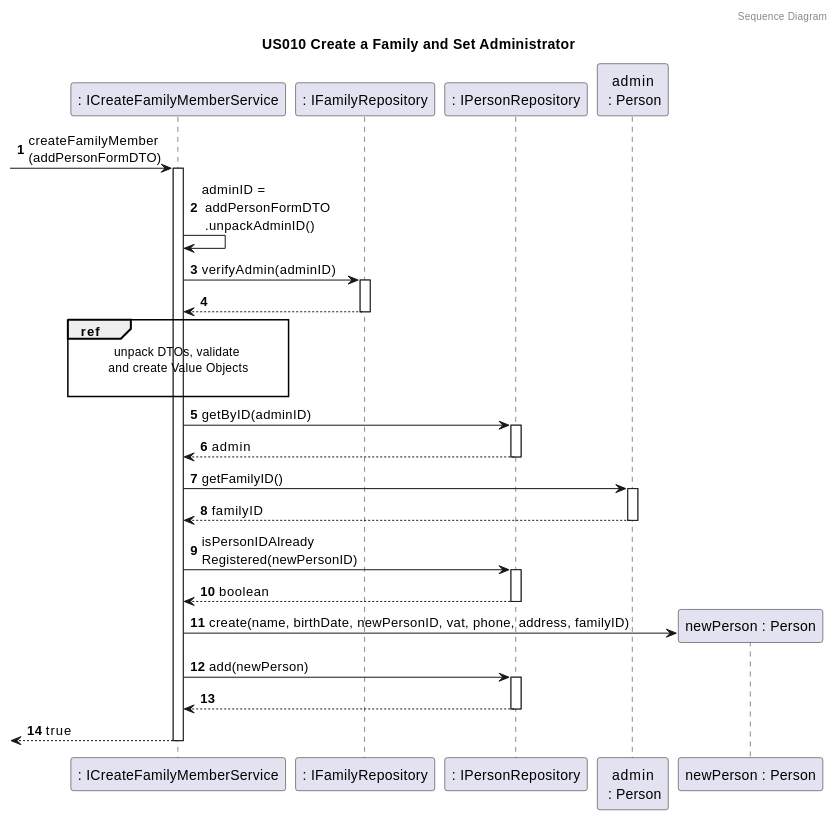
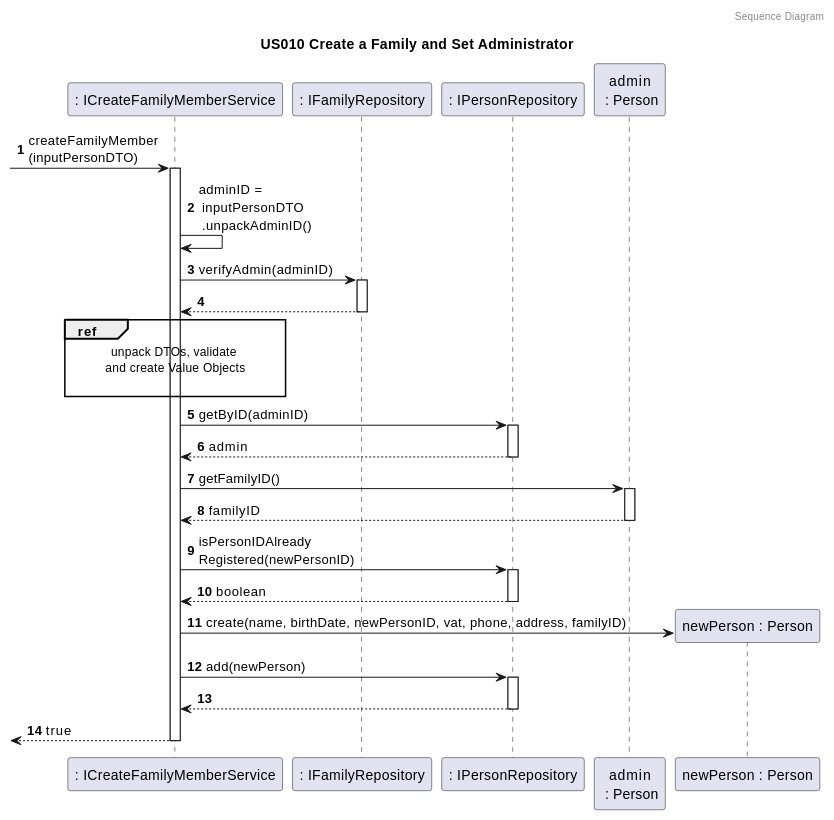
One commit to tomas-osswald/switch_2020_g3 changed the fifth of 5 diagrams in docs/sprint4/user_stories/US101_AddFamilyMember.md. Above: the diagram before and after it, drawn with PlantUML. The commit also changed other lines of this file and 23 other files, not shown here.

`````diff
--- a/docs/sprint4/user_stories/US101_AddFamilyMember.md
+++ b/docs/sprint4/user_stories/US101_AddFamilyMember.md
@@ -352,51 +352,51 @@
 ````puml
 @startuml
 
 autonumber
 header Sequence Diagram
 title US010 Create a Family and Set Administrator
 
 
 participant ": ICreateFamilyMemberService" as service
 participant ": IFamilyRepository" as frepo
 participant ": IPersonRepository" as prepo
 participant "admin\n : Person" as admin
 participant "newPerson : Person" as newPerson
 
--> service : createFamilyMember\n(addPersonFormDTO)
+-> service : createFamilyMember\n(inputPersonDTO)
 activate service
 
-service -> service : adminID =\n addPersonFormDTO\n .unpackAdminID()
+service -> service : adminID =\n inputPersonDTO\n .unpackAdminID()
 
 service -> frepo : verifyAdmin(adminID)
 activate frepo
 return
 
 ref over service
 unpack DTOs, validate 
 and create Value Objects
 
 end ref
 
 service -> prepo : getByID(adminID)
 activate prepo
 return admin
 
 service -> admin : getFamilyID()
 activate admin
 return familyID
 
 service -> prepo: isPersonIDAlready\nRegistered(newPersonID)
 activate prepo
 return boolean
 
 service -> newPerson** : create(name, birthDate, newPersonID, vat, phone, address, familyID)
 
 service -> prepo : add(newPerson)
 activate prepo
 return
 
 return true
 
 @enduml
 ````
`````
